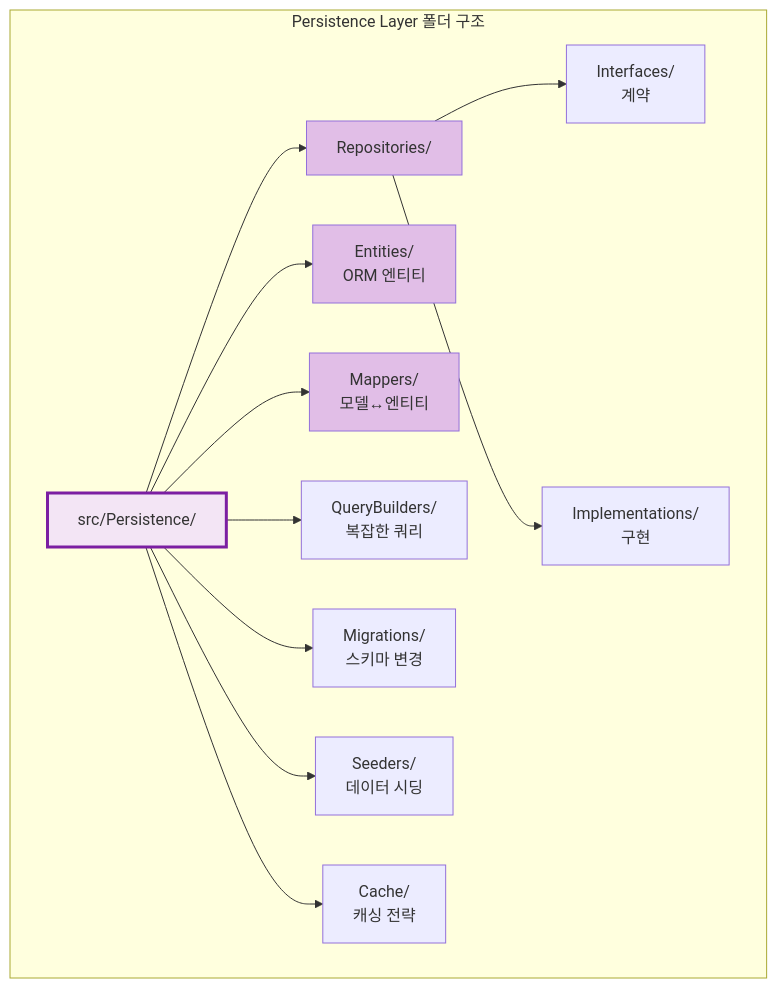
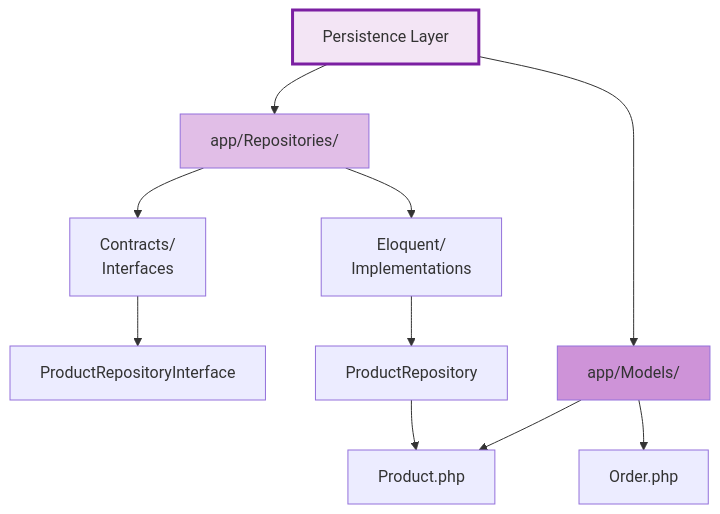
The sixth of 9 diagrams in architecture/layered/php/README.md (shaul1991/study-architecture), drawn with Mermaid before and after one commit. The commit also changed other lines of this file and 1 other file, not shown here.

````diff
--- a/architecture/layered/php/README.md
+++ b/architecture/layered/php/README.md
@@ -420,22 +696,22 @@
 ```mermaid
 graph TB
-    subgraph "Persistence Layer 폴더 구조"
-        PERS[src/Persistence/]
+    PERSIST[Persistence Layer]
 
-        PERS --> REPO[Repositories/]
-        REPO --> IFACE[Interfaces/<br/>계약]
-        REPO --> IMPL[Implementations/<br/>구현]
+    PERSIST --> REPO[app/Repositories/]
+    PERSIST --> MODEL[app/Models/]
 
-        PERS --> ENT[Entities/<br/>ORM 엔티티]
-        PERS --> MAP[Mappers/<br/>모델↔엔티티]
-        PERS --> QB[QueryBuilders/<br/>복잡한 쿼리]
-        PERS --> MIG[Migrations/<br/>스키마 변경]
-        PERS --> SEED[Seeders/<br/>데이터 시딩]
-        PERS --> CACHE[Cache/<br/>캐싱 전략]
-    end
+    REPO --> IFACE[Contracts/<br/>Interfaces]
+    REPO --> IMPL[Eloquent/<br/>Implementations]
 
-    style PERS fill:#f3e5f5,stroke:#7b1fa2,stroke-width:3px
+    MODEL --> PROD[Product.php]
+    MODEL --> ORDER[Order.php]
+
+    IFACE --> ProductRepositoryInterface
+    IMPL --> ProductRepository
+
+    ProductRepository --> PROD
+
+    style PERSIST fill:#f3e5f5,stroke:#7b1fa2,stroke-width:3px
     style REPO fill:#e1bee7
-    style ENT fill:#e1bee7
-    style MAP fill:#e1bee7
+    style MODEL fill:#ce93d8
 ```
````
